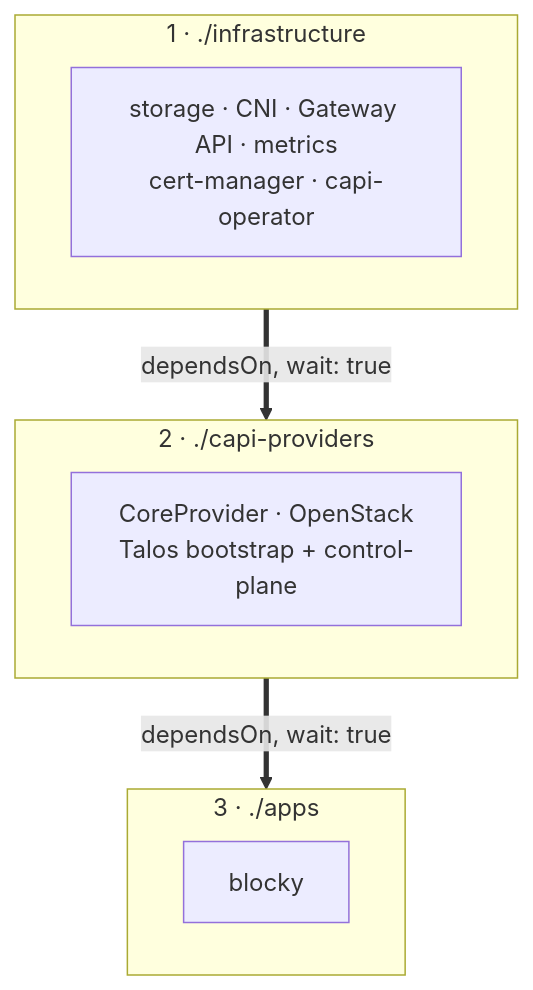
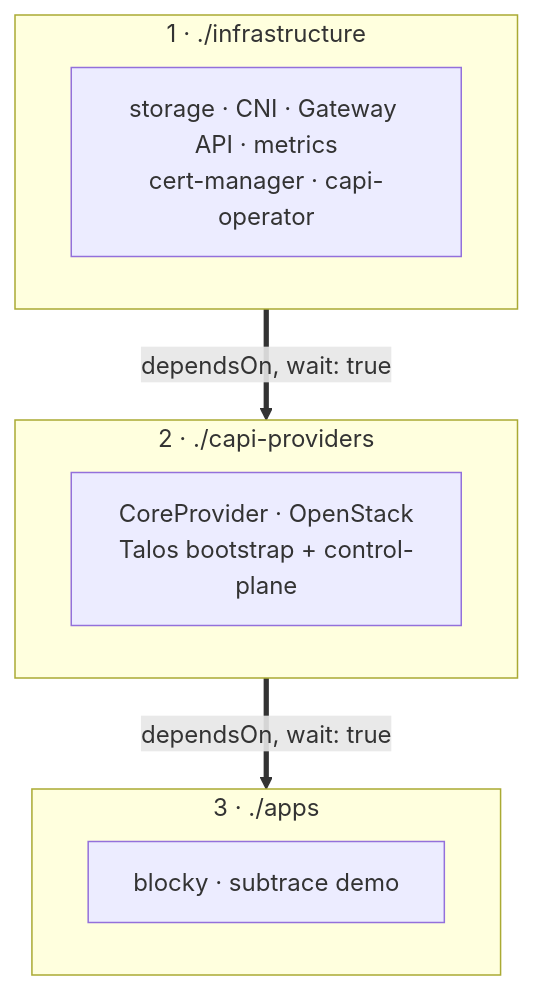
One commit to rezachalak/homelab changed the second of 3 diagrams in README.md. Above: the diagram before and after it, drawn with Mermaid. The commit also changed other lines of this file and 5 other files, not shown here.

First line of the commit message:
Add Subtrace demo (traced traefik/whoami)

````diff
--- a/README.md
+++ b/README.md
@@ -38,15 +38,15 @@
 ```mermaid
 flowchart TD
     subgraph s1["1 · ./infrastructure"]
         i["storage · CNI · Gateway API · metrics<br/>cert-manager · capi-operator"]
     end
     subgraph s2["2 · ./capi-providers"]
         p["CoreProvider · OpenStack<br/>Talos bootstrap + control-plane"]
     end
     subgraph s3["3 · ./apps"]
-        a["blocky"]
+        a["blocky · subtrace demo"]
     end
 
     s1 ==>|"dependsOn, wait: true"| s2
     s2 ==>|"dependsOn, wait: true"| s3
 ```
````
